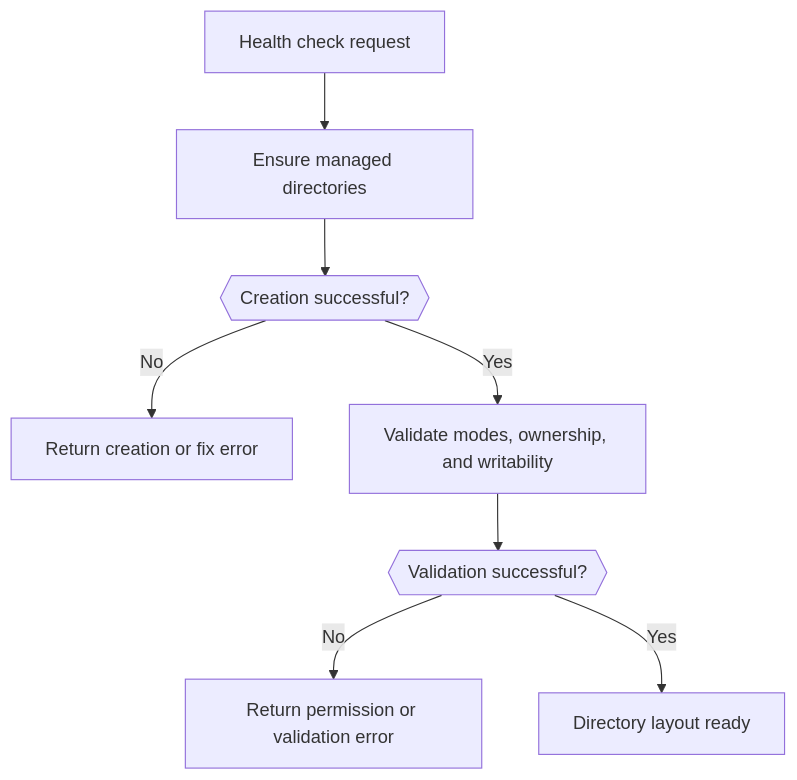
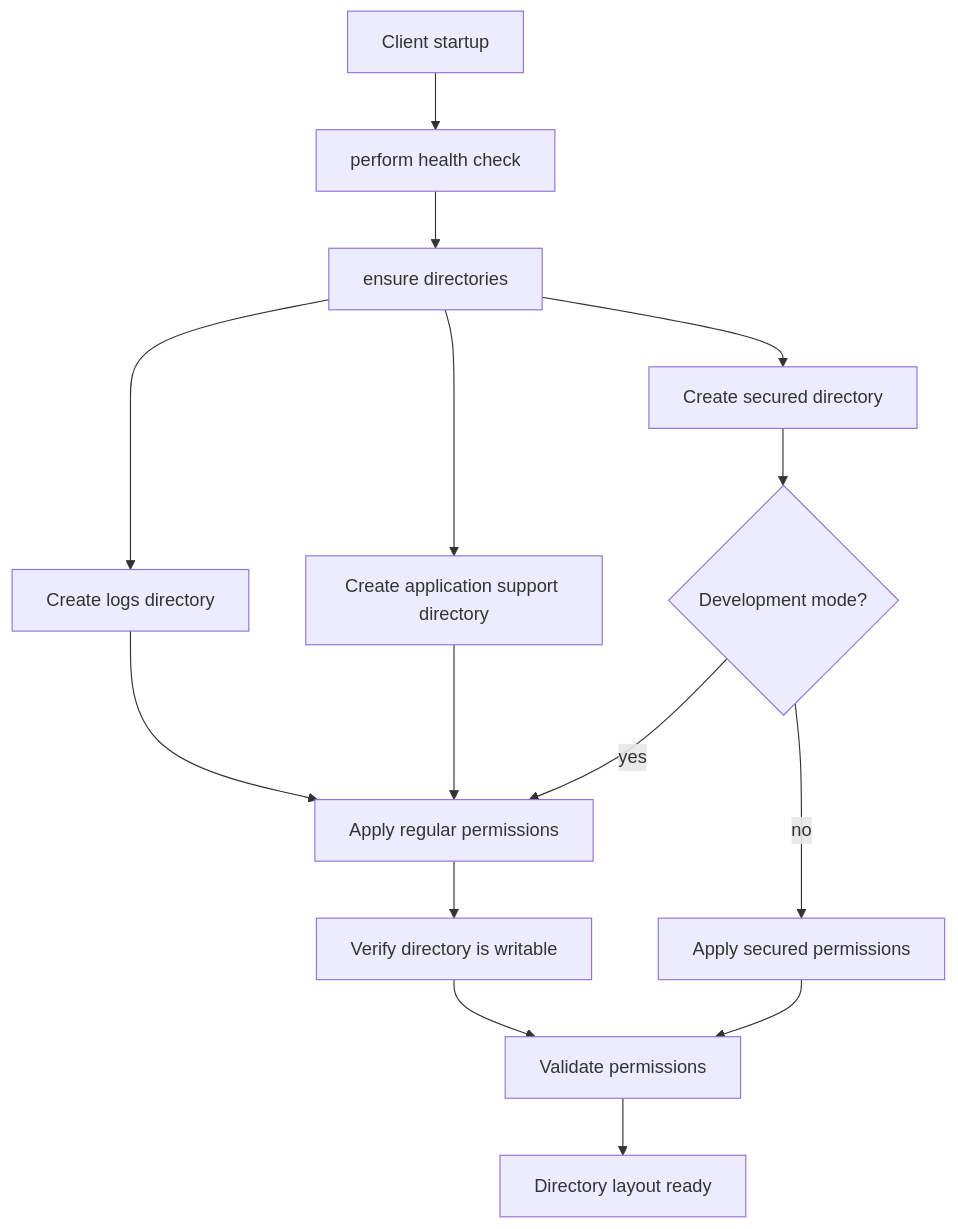
The second of 4 diagrams in docs/reference/architecture/openframe-client-core/platform-directories/platform-directories.md (flamingo-stack/openframe-oss-tenant), drawn with Mermaid before and after one commit. The commit also changed other lines of this file and 2377 other files, not shown here.

````diff
--- a/docs/reference/architecture/openframe-client-core/platform-directories/platform-directories.md
+++ b/docs/reference/architecture/openframe-client-core/platform-directories/platform-directories.md
@@ -141,10 +60,17 @@
 ```mermaid
 flowchart TD
-    Start["Health check request"] --> Ensure["Ensure managed directories"]
-    Ensure --> EnsureOk{{"Creation successful?"}}
-    EnsureOk -->|"No"| CreateError["Return creation or fix error"]
-    EnsureOk -->|"Yes"| Validate["Validate modes, ownership, and writability"]
-    Validate --> ValidateOk{{"Validation successful?"}}
-    ValidateOk -->|"No"| ValidationError["Return permission or validation error"]
-    ValidateOk -->|"Yes"| Ready["Directory layout ready"]
+    Start["Client startup"] --> HealthCheck["perform health check"]
+    HealthCheck --> Ensure["ensure directories"]
+    Ensure --> CreateLogs["Create logs directory"]
+    Ensure --> CreateSupport["Create application support directory"]
+    Ensure --> CreateSecure["Create secured directory"]
+    CreateLogs --> ApplyRegular["Apply regular permissions"]
+    CreateSupport --> ApplyRegular
+    CreateSecure --> ModeCheck{"Development mode?"}
+    ModeCheck -->|"yes"| ApplyRegular
+    ModeCheck -->|"no"| ApplySecure["Apply secured permissions"]
+    ApplyRegular --> Writable["Verify directory is writable"]
+    ApplySecure --> Validate["Validate permissions"]
+    Writable --> Validate
+    Validate --> Ready["Directory layout ready"]
 ```
````
